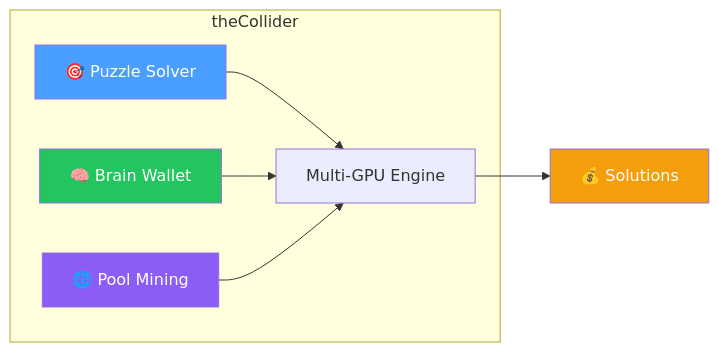
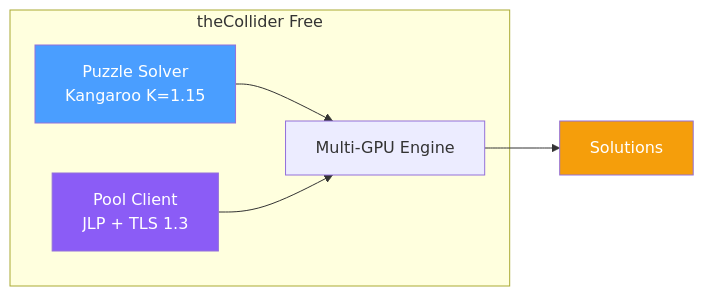
One commit to hevnsnt/collider changed the first of 2 diagrams in README.md. Above: the diagram before and after it, drawn with Mermaid. The commit also changed other lines of this file, not shown here.

First line of the commit message:
docs(readme): rewrite for Free edition (no Pro feature claims)

````diff
--- a/README.md
+++ b/README.md
@@ -36,14 +42,12 @@
 ```mermaid
 graph LR
-    subgraph "theCollider"
-        A[🎯 Puzzle Solver] --> D[Multi-GPU Engine]
-        B[🧠 Brain Wallet] --> D
-        C[🌐 Pool Mining] --> D
+    subgraph "theCollider Free"
+        A[Puzzle Solver<br/>Kangaroo K=1.15] --> D[Multi-GPU Engine]
+        C[Pool Client<br/>JLP + TLS 1.3] --> D
     end
-    D --> E[💰 Solutions]
-    
+    D --> E[Solutions]
+
     style A fill:#4a9eff,color:#fff
-    style B fill:#22c55e,color:#fff
     style C fill:#8b5cf6,color:#fff
     style E fill:#f59e0b,color:#fff
 ```
````
